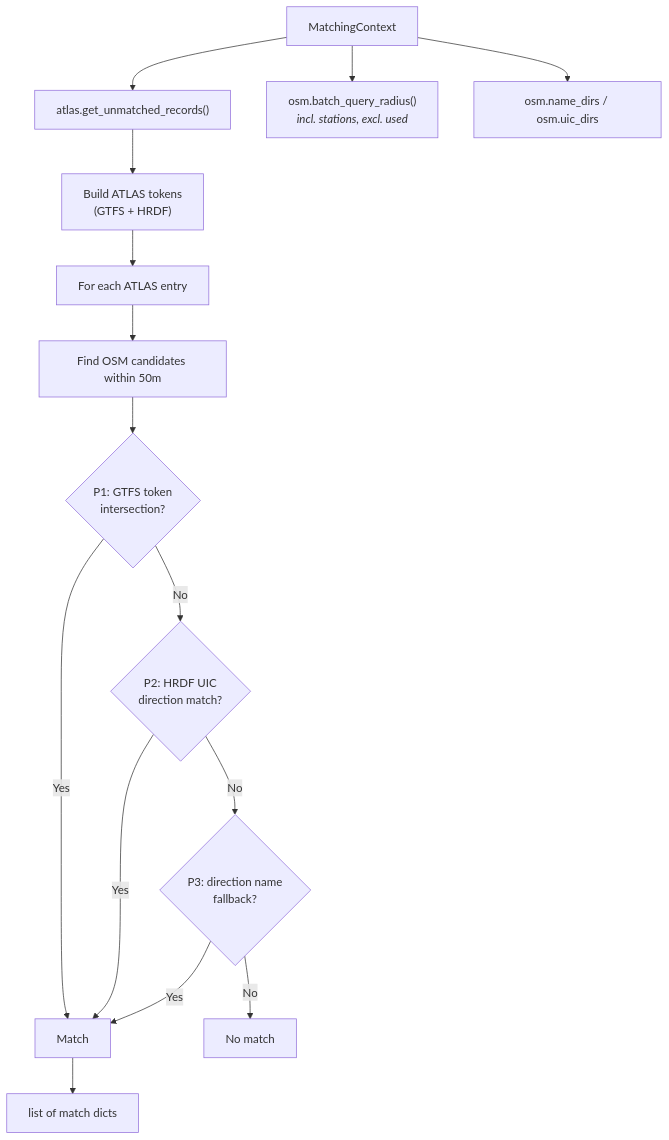
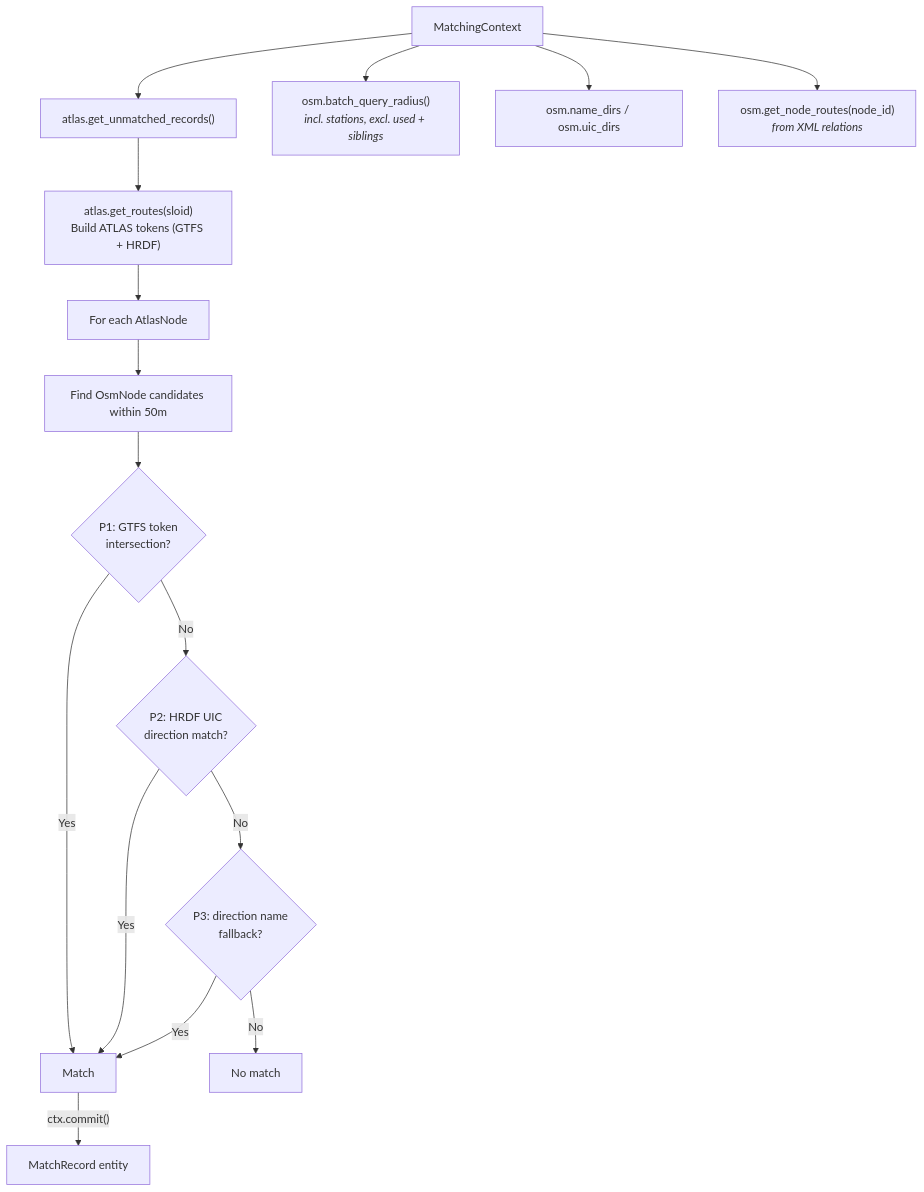
The diagram in documentation/2.4 Route Matching.md (openTdataCH/stop_sync_osm_atlas), drawn with Mermaid before and after one commit. The commit also changed other lines of this file and 35 other files, not shown here.

````diff
--- a/documentation/2.4 Route Matching.md
+++ b/documentation/2.4 Route Matching.md
@@ -5,18 +5,19 @@
 ```mermaid
 flowchart TB
     CTX["MatchingContext"] --> UA["atlas.get_unmatched_records()"]
-    CTX --> OSM["osm.batch_query_radius()<br/><i>incl. stations, excl. used</i>"]
+    CTX --> OSM["osm.batch_query_radius()<br/><i>incl. stations, excl. used + siblings</i>"]
     CTX --> DIRS["osm.name_dirs / osm.uic_dirs"]
+    CTX --> NR["osm.get_node_routes(node_id)<br/><i>from XML relations</i>"]
 
-    UA --> T["Build ATLAS tokens<br/>(GTFS + HRDF)"]
-    T --> LOOP["For each ATLAS entry"]
-    LOOP --> C["Find OSM candidates within 50m"]
+    UA --> T["atlas.get_routes(sloid)<br/>Build ATLAS tokens (GTFS + HRDF)"]
+    T --> LOOP["For each AtlasNode"]
+    LOOP --> C["Find OsmNode candidates within 50m"]
     C --> P1{"P1: GTFS token<br/>intersection?"}
     P1 -->|Yes| M["Match"]
     P1 -->|No| P2{"P2: HRDF UIC<br/>direction match?"}
     P2 -->|Yes| M
     P2 -->|No| P3{"P3: direction name<br/>fallback?"}
     P3 -->|Yes| M
     P3 -->|No| X["No match"]
-    M --> OUT["list of match dicts"]
+    M -->|"ctx.commit()"| OUT["MatchRecord entity"]
 ```
````
